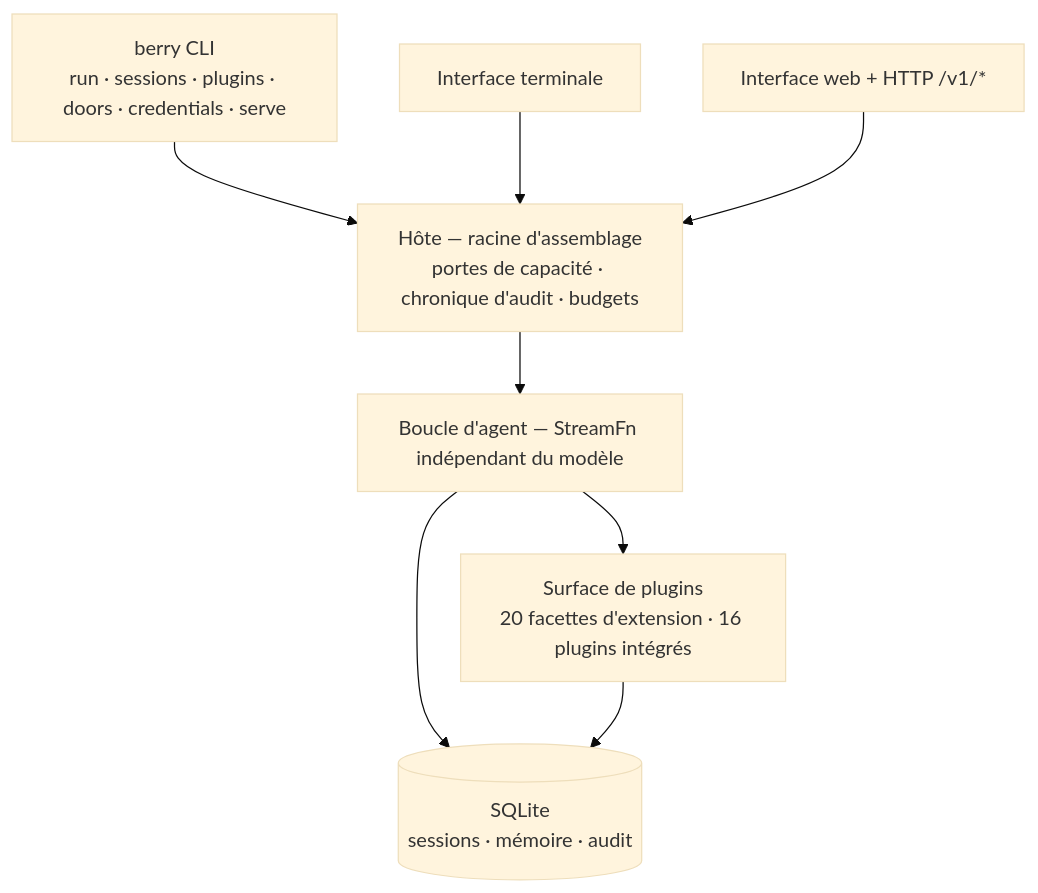
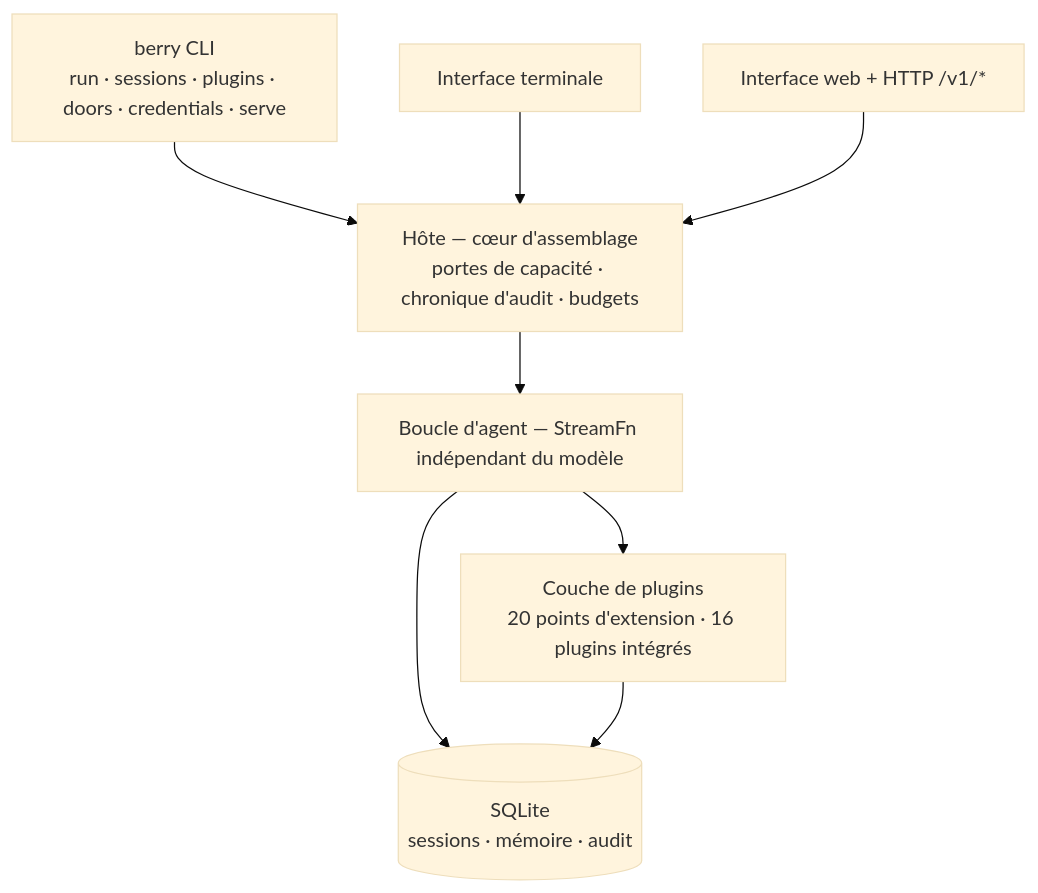
Before and after one commit to miuiadmin/berry-agent: the diagram in README.fr.md, drawn with Mermaid (base theme). The commit also changed other lines of this file and 7 other files, not shown here.

First line of the commit message:
fix(copy): 公开文档面全域收割——五语 mermaid 旧族（assembly root/Plugin surface/20 extension faces→hub/layer/points）+ 装载体句 surface→mechanism + ko 网络表面→行为 + usage 件族四处 + 篇号引用四处摘除（wf_db273e73 docs-P1/P2+anchor，六语同批随行律）

````diff
--- a/README.fr.md
+++ b/README.fr.md
@@ -180,17 +180,17 @@
 ```mermaid
 graph TD
     CLI["berry CLI<br/>run · sessions · plugins · doors · credentials · serve"]
     TUI["Interface terminale"]
     WEB["Interface web + HTTP /v1/*"]
-    HOST["Hôte — racine d'assemblage<br/>portes de capacité · chronique d'audit · budgets"]
+    HOST["Hôte — cœur d'assemblage<br/>portes de capacité · chronique d'audit · budgets"]
     LOOP["Boucle d'agent — StreamFn indépendant du modèle"]
-    PLUGINS["Surface de plugins<br/>20 facettes d'extension · 16 plugins intégrés"]
+    PLUGINS["Couche de plugins<br/>20 points d'extension · 16 plugins intégrés"]
     STORE[("SQLite<br/>sessions · mémoire · audit")]
     CLI --> HOST
     TUI --> HOST
     WEB --> HOST
     HOST --> LOOP
     LOOP --> PLUGINS
     LOOP --> STORE
     PLUGINS --> STORE
 ```
````
